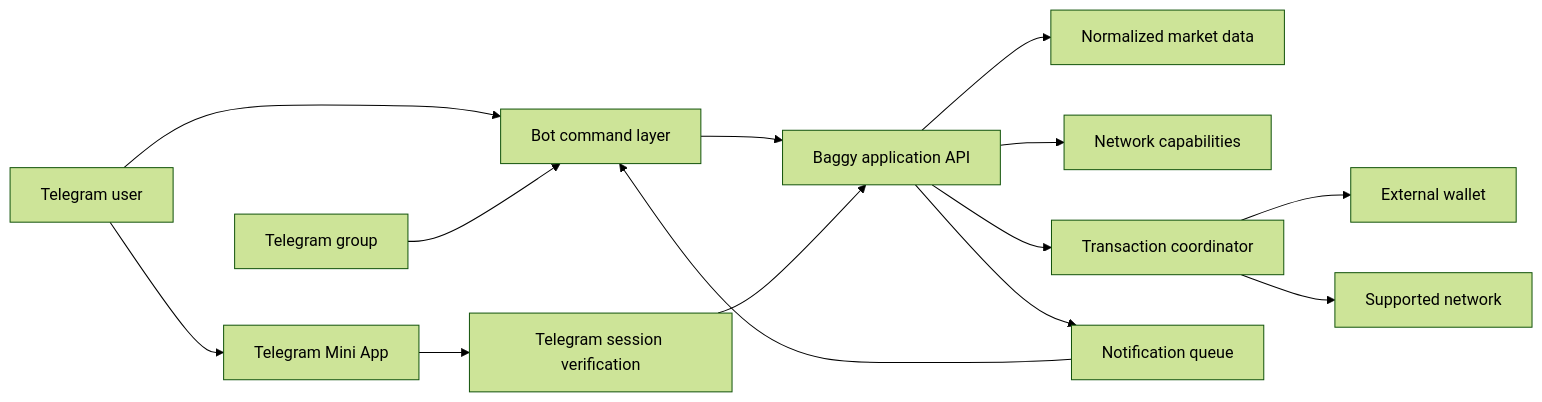
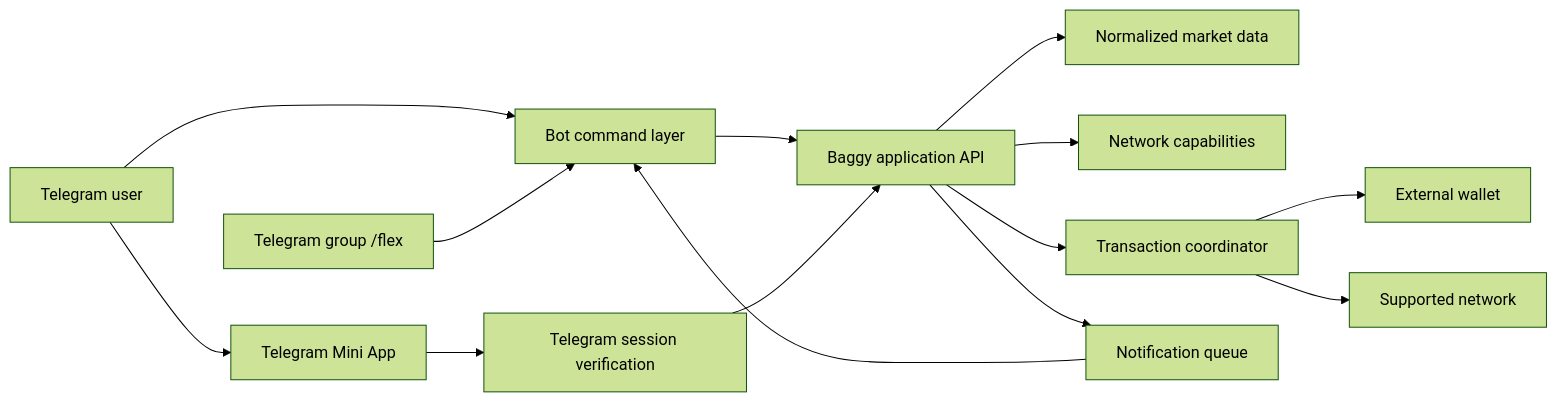
Before and after one commit to 0xENTYPER/baggy-telegram-bot: the first of 2 diagrams in README.md, drawn with Mermaid (forest theme). The commit also changed other lines of this file and 3 other files, not shown here.

````diff
--- a/README.md
+++ b/README.md
@@ -169,16 +114,16 @@
 ```mermaid
 flowchart LR
     TG[Telegram user] --> BOT[Bot command layer]
-    GROUP[Telegram group] --> BOT
+    GROUP[Telegram group /flex] --> BOT
     TG --> MINI[Telegram Mini App]
     BOT --> API[Baggy application API]
     MINI --> AUTH[Telegram session verification]
     AUTH --> API
     API --> MARKET[Normalized market data]
     API --> CAPS[Network capabilities]
     API --> TX[Transaction coordinator]
     TX --> WALLET[External wallet]
     TX --> CHAIN[Supported network]
     API --> NOTIFY[Notification queue]
     NOTIFY --> BOT
 ```
````
